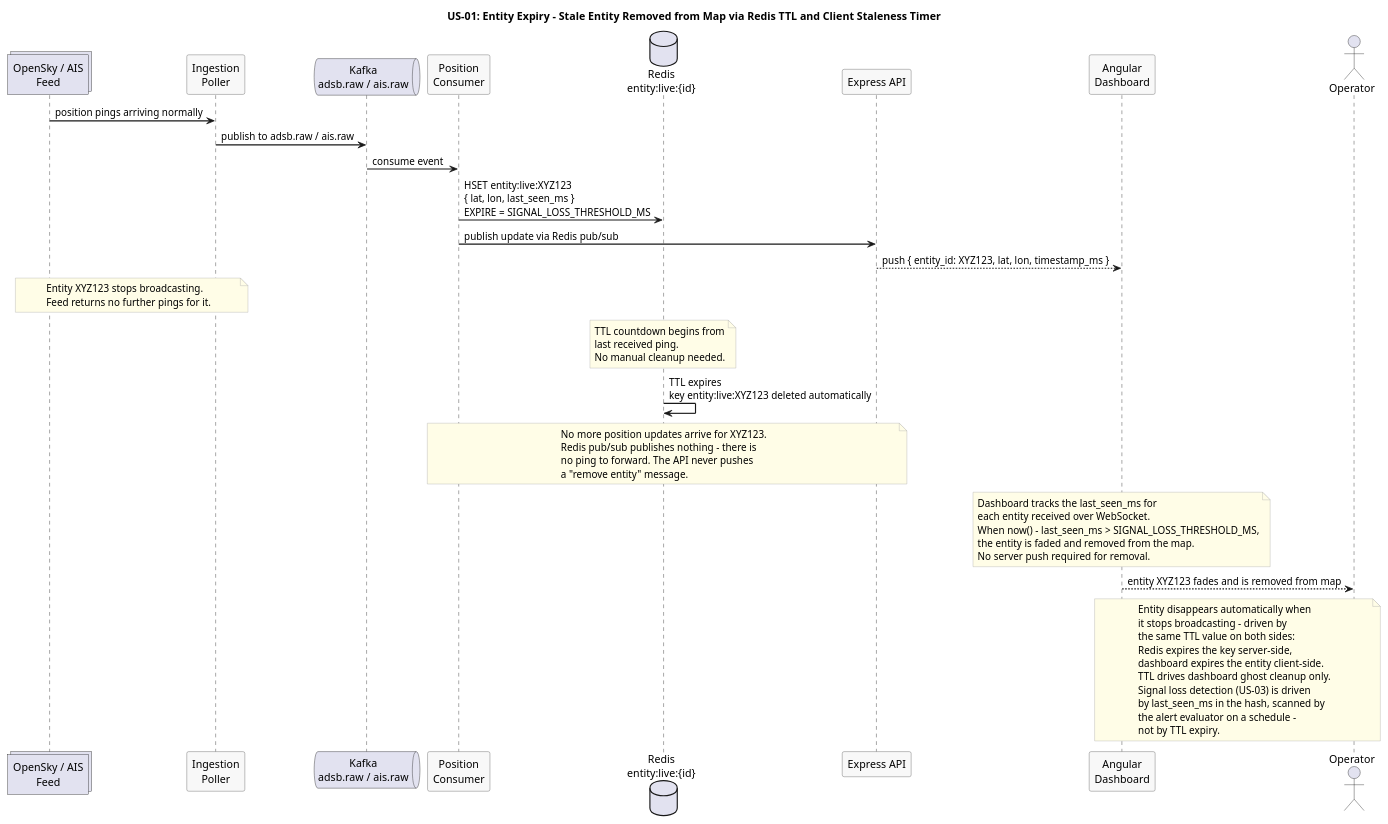
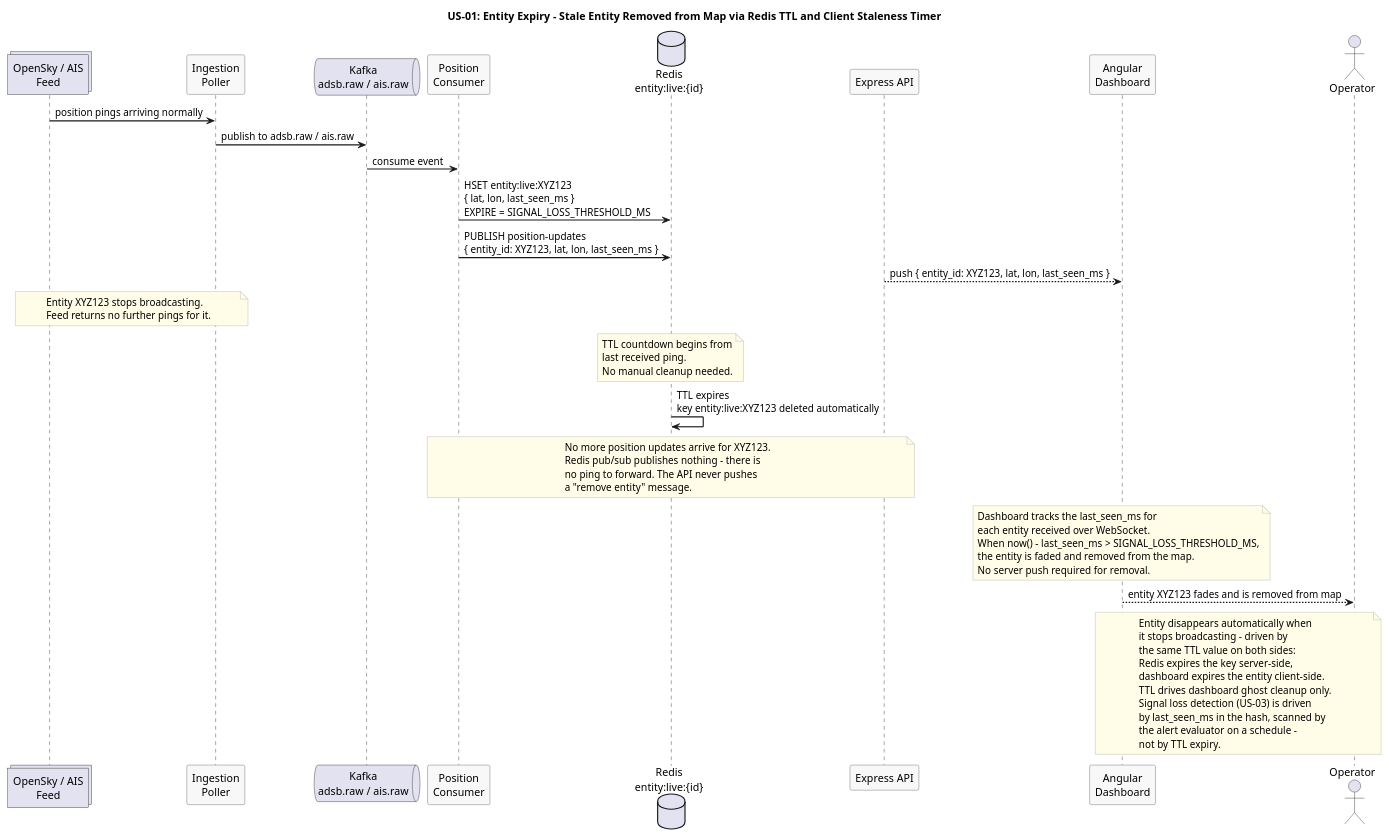
One commit to Buffden/sentinel changed the diagram in docs/use-cases/US-01-live-entity-tracking/entity-expiry.puml. Above: the diagram before and after it, drawn with PlantUML. The commit also changed 7 other files, not shown here.

First line of the commit message:
docs: replace timestamp_ms with last_seen_ms in Redis hash contexts across flow diagrams

```diff
--- a/docs/use-cases/US-01-live-entity-tracking/entity-expiry.puml
+++ b/docs/use-cases/US-01-live-entity-tracking/entity-expiry.puml
@@ -1,69 +1,69 @@
 @startuml entity-expiry
 title US-01: Entity Expiry - Stale Entity Removed from Map via Redis TTL and Client Staleness Timer
 
 skinparam sequenceArrowThickness 1.5
 skinparam participantBorderColor #555555
 skinparam participantBackgroundColor #F8F8F8
 skinparam noteBorderColor #AAAAAA
 skinparam noteBackgroundColor #FFFDE7
 
 collections "OpenSky / AIS\nFeed" as Feed
 participant "Ingestion\nPoller" as Poller
 queue "Kafka\nadsb.raw / ais.raw" as Kafka
 participant "Position\nConsumer" as Consumer
 database "Redis\nentity:live:{id}" as Redis
 participant "Express API" as API
 participant "Angular\nDashboard" as Dashboard
 actor Operator
 
 Feed -> Poller : position pings arriving normally
 Poller -> Kafka : publish to adsb.raw / ais.raw
 Kafka -> Consumer : consume event
 Consumer -> Redis : HSET entity:live:XYZ123\n{ lat, lon, last_seen_ms }\nEXPIRE = SIGNAL_LOSS_THRESHOLD_MS
-Consumer -> API : publish update via Redis pub/sub
-API --> Dashboard : push { entity_id: XYZ123, lat, lon, timestamp_ms }
+Consumer -> Redis : PUBLISH position-updates\n{ entity_id: XYZ123, lat, lon, last_seen_ms }
+API --> Dashboard : push { entity_id: XYZ123, lat, lon, last_seen_ms }
 
 note over Feed, Poller
   Entity XYZ123 stops broadcasting.
   Feed returns no further pings for it.
 end note
 
 note over Redis
   TTL countdown begins from
   last received ping.
   No manual cleanup needed.
 end note
 
 Redis -> Redis : TTL expires\nkey entity:live:XYZ123 deleted automatically
 
 note over Consumer, API
   No more position updates arrive for XYZ123.
   Redis pub/sub publishes nothing - there is
   no ping to forward. The API never pushes
   a "remove entity" message.
 end note
 
 note over Dashboard
   Dashboard tracks the last_seen_ms for
   each entity received over WebSocket.
   When now() - last_seen_ms > SIGNAL_LOSS_THRESHOLD_MS,
   the entity is faded and removed from the map.
   No server push required for removal.
 end note
 
 Dashboard --> Operator : entity XYZ123 fades and is removed from map
 
 note over Dashboard, Operator
   Entity disappears automatically when
   it stops broadcasting - driven by
   the same TTL value on both sides:
   Redis expires the key server-side,
   dashboard expires the entity client-side.
   TTL drives dashboard ghost cleanup only.
   Signal loss detection (US-03) is driven
   by last_seen_ms in the hash, scanned by
   the alert evaluator on a schedule -
   not by TTL expiry.
 end note
 
 @enduml
```
